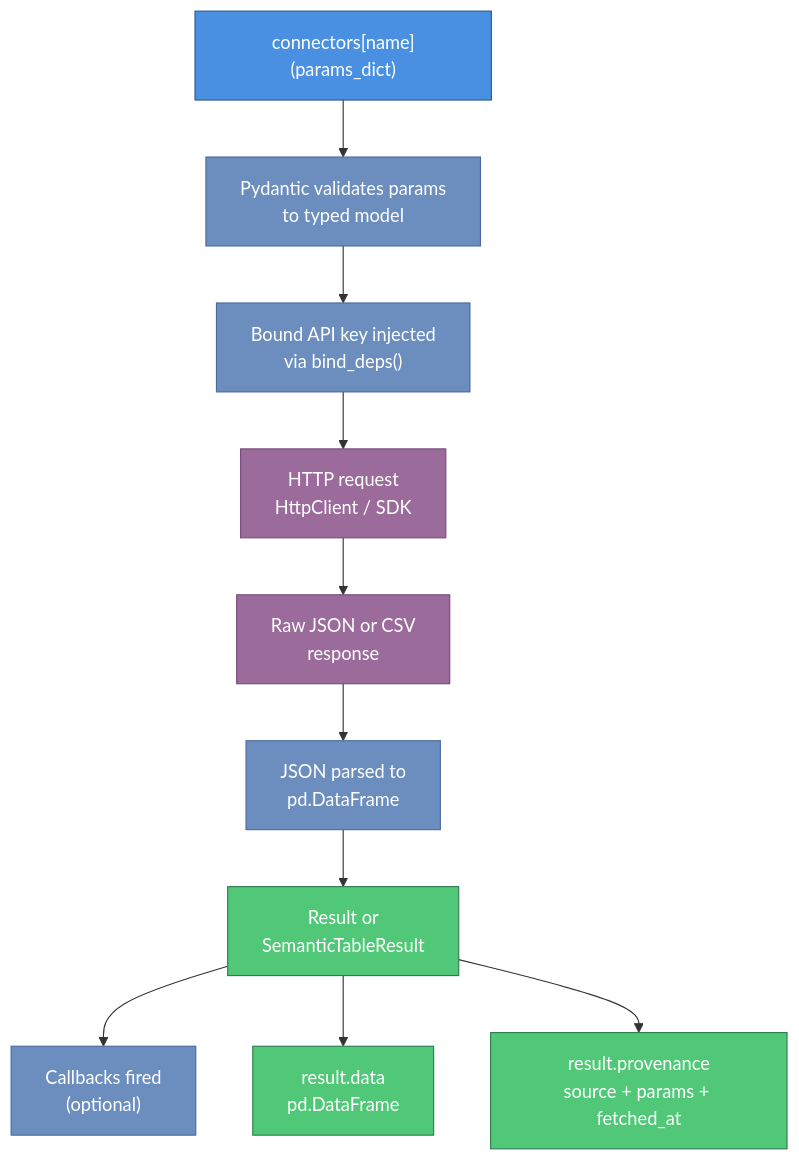
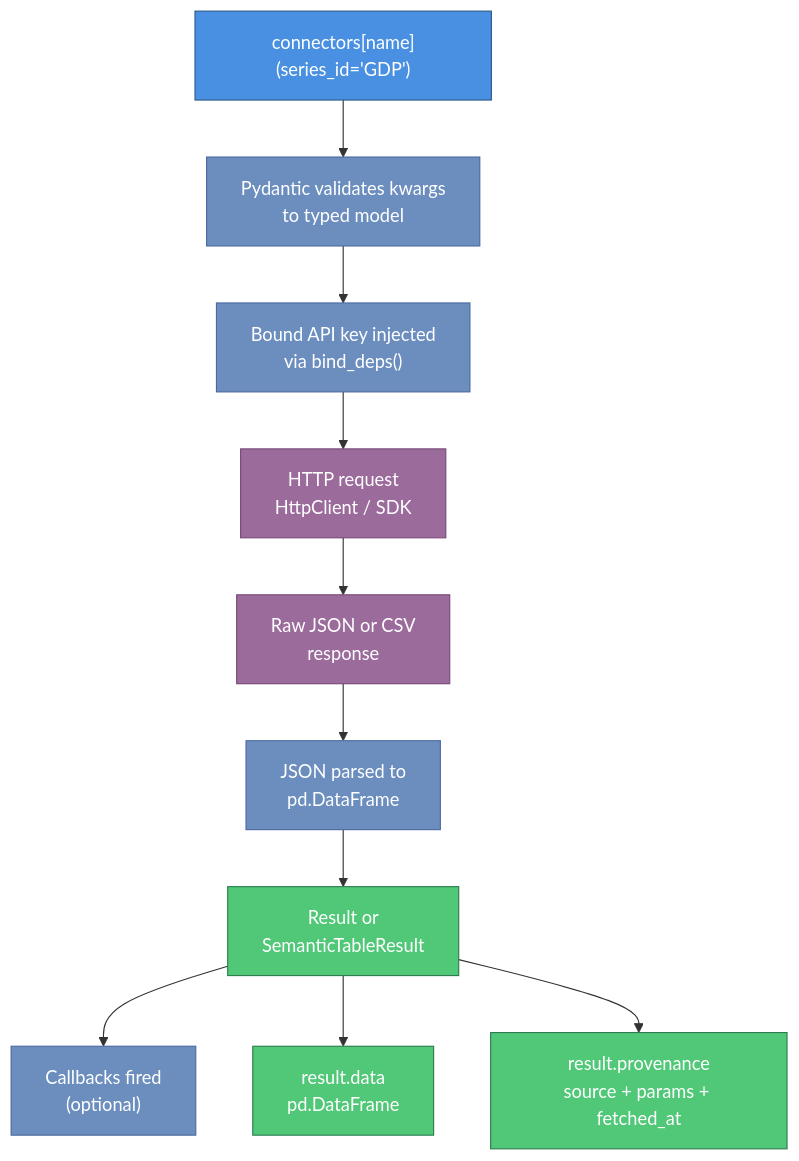
One commit to ockham-sh/parsimony changed the diagram in docs/user-guide.md. Above: the diagram before and after it, drawn with Mermaid. The commit also changed other lines of this file and 26 other files, not shown here.

````diff
--- a/docs/user-guide.md
+++ b/docs/user-guide.md
@@ -112,22 +96,22 @@
 ```mermaid
 graph TD
     classDef user fill:#4A90E2,stroke:#2E5C8A,color:#fff
     classDef framework fill:#6C8EBF,stroke:#4A6A9F,color:#fff
     classDef transport fill:#9B6B9B,stroke:#7A4A7A,color:#fff
     classDef output fill:#50C878,stroke:#2E7D50,color:#fff
 
-    A["connectors[name](params_dict)"]:::user
-    B["Pydantic validates params\nto typed model"]:::framework
+    A["connectors[name](series_id='GDP')"]:::user
+    B["Pydantic validates kwargs\nto typed model"]:::framework
     C["Bound API key injected\nvia bind_deps()"]:::framework
     D["HTTP request\nHttpClient / SDK"]:::transport
     E["Raw JSON or CSV\nresponse"]:::transport
     F["JSON parsed to\npd.DataFrame"]:::framework
     G["Result or\nSemanticTableResult"]:::output
     H["Callbacks fired\n(optional)"]:::framework
     I["result.data\npd.DataFrame"]:::output
     J["result.provenance\nsource + params + fetched_at"]:::output
 
     A --> B --> C --> D --> E --> F --> G --> H
     G --> I
     G --> J
 ```
````
